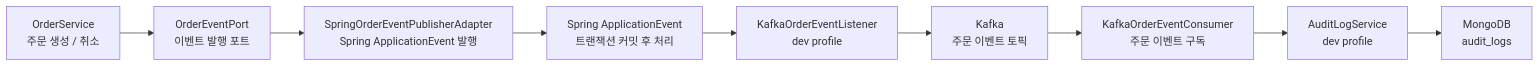
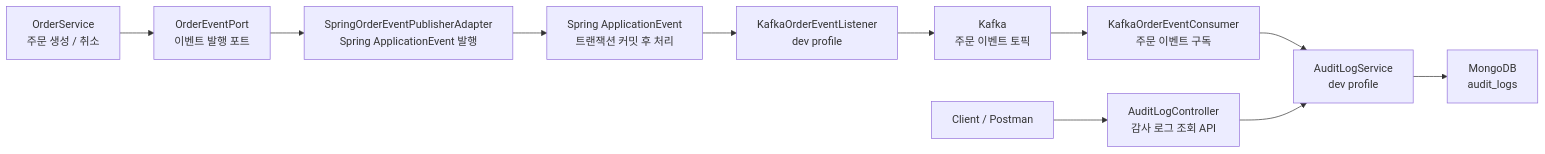
The third of 3 diagrams in README.md (dongyongChoi/toy-commerce-platform), drawn with Mermaid before and after one commit. The commit also changed other lines of this file and 7 other files, not shown here.

````diff
--- a/README.md
+++ b/README.md
@@ -94,11 +101,13 @@
 ```mermaid
 flowchart LR
     OrderService["OrderService<br/>주문 생성 / 취소"] --> EventPort["OrderEventPort<br/>이벤트 발행 포트"]
     EventPort --> SpringEventAdapter["SpringOrderEventPublisherAdapter<br/>Spring ApplicationEvent 발행"]
     SpringEventAdapter --> SpringEvent["Spring ApplicationEvent<br/>트랜잭션 커밋 후 처리"]
     SpringEvent --> KafkaListener["KafkaOrderEventListener<br/>dev profile"]
     KafkaListener --> Kafka["Kafka<br/>주문 이벤트 토픽"]
     Kafka --> KafkaConsumer["KafkaOrderEventConsumer<br/>주문 이벤트 구독"]
     KafkaConsumer --> AuditService["AuditLogService<br/>dev profile"]
     AuditService --> MongoDB["MongoDB<br/>audit_logs"]
+    Client["Client / Postman"] --> AuditController["AuditLogController<br/>감사 로그 조회 API"]
+    AuditController --> AuditService
 ```
````
